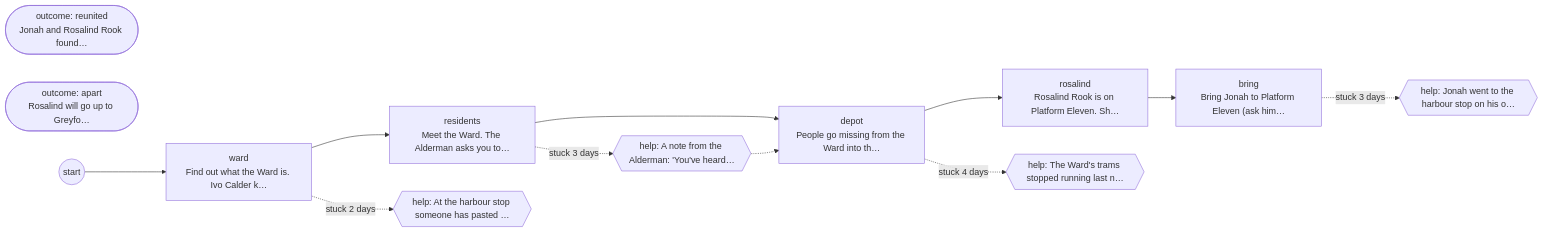
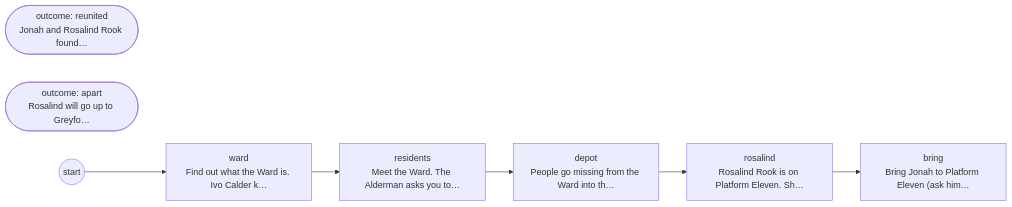
Before and after one commit to DoctorStrangeSH/ECHOES-OF-THE-VEIL: the fourth of 15 diagrams in docs/generated/cases.md, drawn with Mermaid. The commit also changed other lines of this file and 46 other files, not shown here.

````diff
--- a/docs/generated/cases.md
+++ b/docs/generated/cases.md
@@ -70,24 +58,15 @@
 ```mermaid
 flowchart LR
   case_misplaced_ward["ward<br/>Find out what the Ward is. Ivo Calder k…"]
   case_misplaced_residents["residents<br/>Meet the Ward. The Alderman asks you to…"]
   case_misplaced_depot["depot<br/>People go missing from the Ward into th…"]
   case_misplaced_rosalind["rosalind<br/>Rosalind Rook is on Platform Eleven. Sh…"]
   case_misplaced_bring["bring<br/>Bring Jonah to Platform Eleven (ask him…"]
   case_misplaced_ward --> case_misplaced_residents
   case_misplaced_residents --> case_misplaced_depot
   case_misplaced_depot --> case_misplaced_rosalind
   case_misplaced_rosalind --> case_misplaced_bring
   case_misplaced_out_reunited(["outcome: reunited<br/>Jonah and Rosalind Rook found…"])
   case_misplaced_out_apart(["outcome: apart<br/>Rosalind will go up to Greyfo…"])
   case_misplaced_START(("start")) --> case_misplaced_ward
-  case_misplaced_ff_0{{"help: At the harbour stop someone has pasted …"}}
-  case_misplaced_ward -.->|"stuck 2 days"| case_misplaced_ff_0
-  case_misplaced_ff_1{{"help: A note from the Alderman: 'You've heard…"}}
-  case_misplaced_residents -.->|"stuck 3 days"| case_misplaced_ff_1
-  case_misplaced_ff_1 -.-> case_misplaced_depot
-  case_misplaced_ff_2{{"help: The Ward's trams stopped running last n…"}}
-  case_misplaced_depot -.->|"stuck 4 days"| case_misplaced_ff_2
-  case_misplaced_ff_3{{"help: Jonah went to the harbour stop on his o…"}}
-  case_misplaced_bring -.->|"stuck 3 days"| case_misplaced_ff_3
 ```
````
